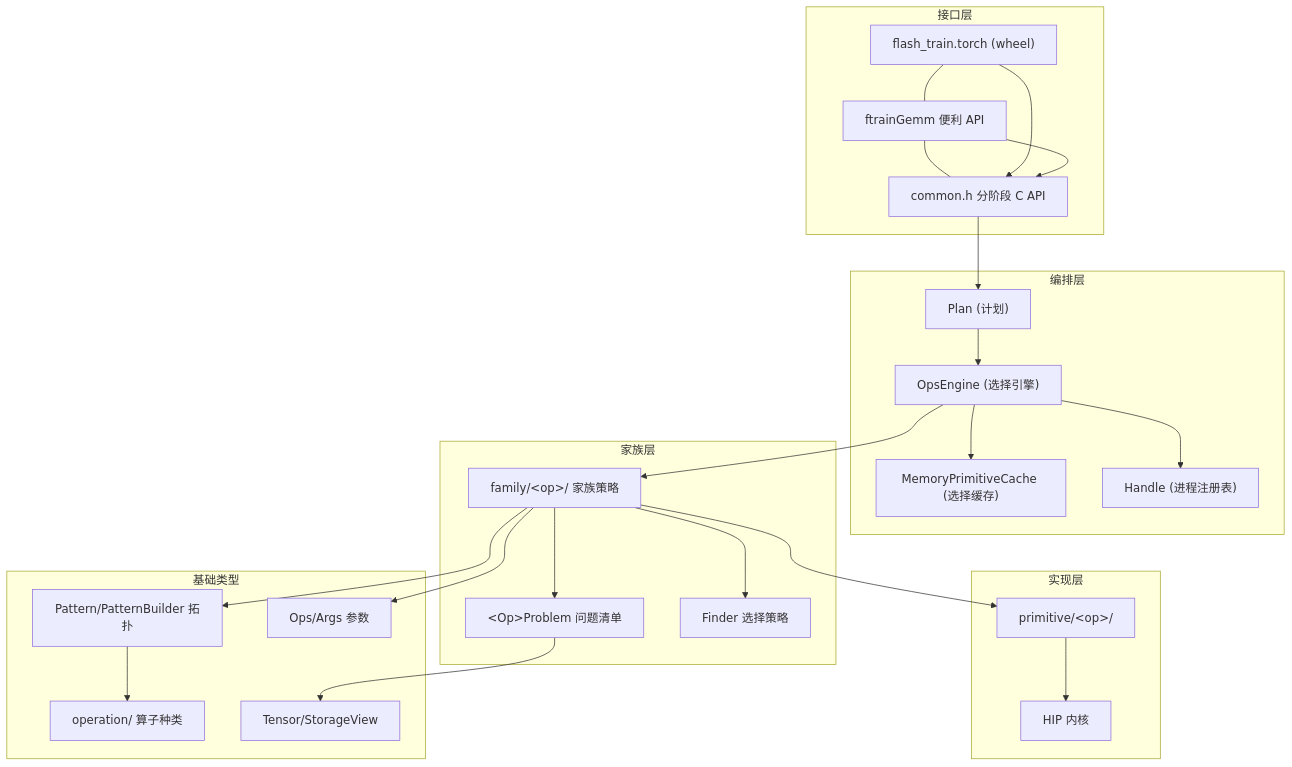
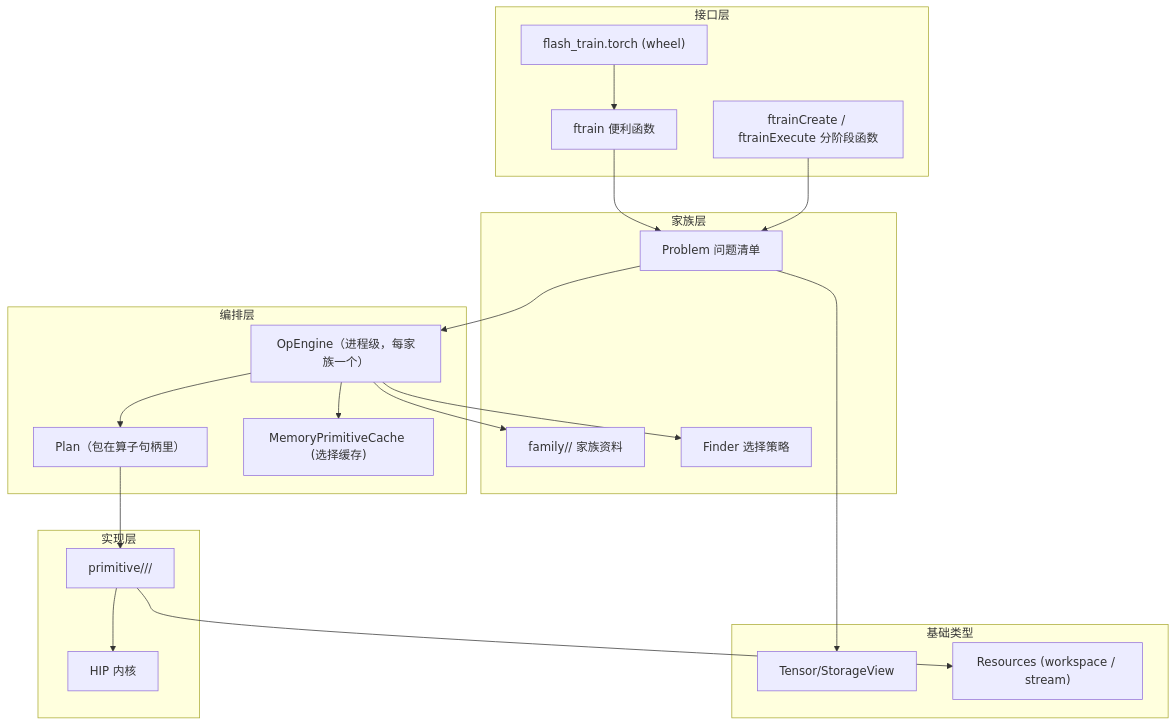
One commit to HYGON-AI/flash-train changed the first of 2 diagrams in docs/architecture.md. Above: the diagram before and after it, drawn with Mermaid. The commit also changed other lines of this file and 5 other files, not shown here.

First line of the commit message:
docs: describe the per-operator API and drop the GEMM sample

````diff
--- a/docs/architecture.md
+++ b/docs/architecture.md
@@ -7,38 +7,36 @@
 ```mermaid
 flowchart TB
     subgraph 接口层
-        TORCH["flash_train.torch (wheel)"] --- CONV["ftrainGemm 便利 API"]
-        CONV --- STAGED["common.h 分阶段 C API"]
+        TORCH["flash_train.torch (wheel)"]
+        CONV["ftrain<Op> 便利函数"]
+        STAGED["ftrain<Op>Create / ftrain<Op>Execute 分阶段函数"]
     end
     subgraph 编排层
-        PLAN["Plan (计划)"]
-        ENGINE["OpsEngine (选择引擎)"]
+        PLAN["Plan（包在算子句柄里）"]
+        ENGINE["OpEngine（进程级，每家族一个）"]
         CACHE["MemoryPrimitiveCache (选择缓存)"]
-        HANDLE["Handle (进程注册表)"]
     end
     subgraph 家族层
-        FAM["family/&lt;op&gt;/ 家族策略"]
-        PROB["&lt;Op&gt;Problem 问题清单"]
+        FAM["family/<op>/ 家族资料"]
+        PROB["<Op>Problem 问题清单"]
         FINDER["Finder 选择策略"]
     end
     subgraph 实现层
-        PRIM["primitive/&lt;op&gt;/"]
+        PRIM["primitive/<platform>/<op>/"]
         KERNEL["HIP 内核"]
     end
     subgraph 基础类型
-        OP["operation/ 算子种类"]
-        PAT["Pattern/PatternBuilder 拓扑"]
-        ARGS["Ops/Args 参数"]
         T["Tensor/StorageView"]
+        R["Resources (workspace / stream)"]
     end
-    TORCH --> STAGED
-    CONV --> STAGED
-    STAGED --> PLAN --> ENGINE
-    ENGINE --> FAM
-    FAM --> PROB & FINDER & PRIM
-    ENGINE --> CACHE & HANDLE
+    TORCH --> CONV
+    CONV --> PROB
+    STAGED --> PROB
+    PROB --> ENGINE
+    ENGINE --> PLAN
+    ENGINE --> FAM & FINDER & CACHE
+    PLAN --> PRIM
     PRIM --> KERNEL
     PROB --> T
-    FAM --> PAT & ARGS
-    PAT --> OP
+    PRIM --> R
 ```
````
